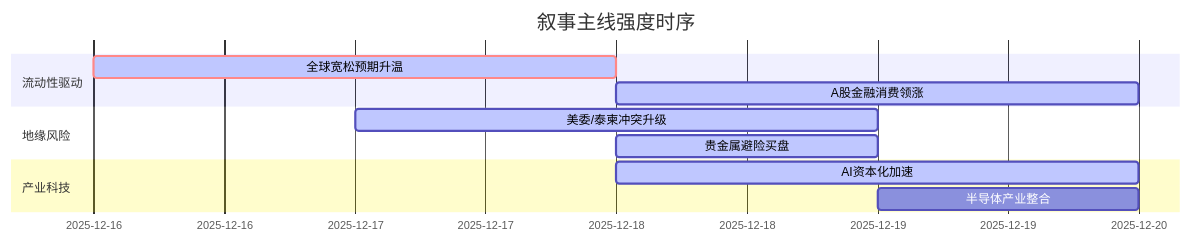
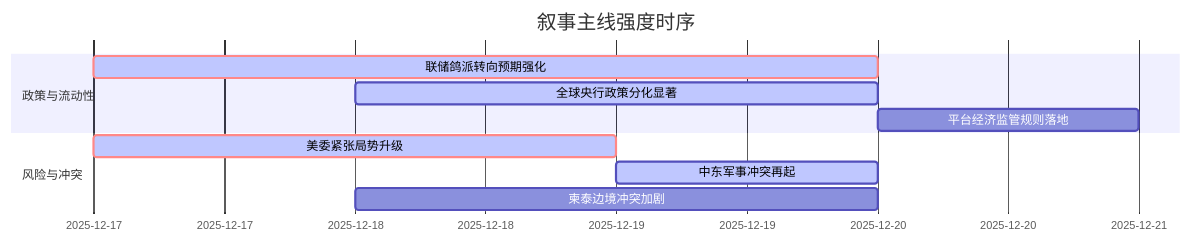
The diagram in README.md (uu5zn/uu5zn.github.io), drawn with Mermaid before and after one commit. The commit also changed other lines of this file and 1 other file, not shown here.

````diff
--- a/README.md
+++ b/README.md
@@ -57,16 +56,14 @@
 ```mermaid
 gantt
     title 叙事主线强度时序
     dateFormat  YYYY-MM-DD
-    section 流动性驱动
-    全球宽松预期升温   :crit, active, 2025-12-16, 2d
-    A股金融消费领涨   :active, 2025-12-18, 2d
+    section 政策与流动性
+    联储鸽派转向预期强化   :crit, active, 2025-12-17, 3d
+    全球央行政策分化显著   :active, 2025-12-18, 2d
+    平台经济监管规则落地   :2025-12-20, 1d
     
-    section 地缘风险
-    美委/泰柬冲突升级  :active, 2025-12-17, 2d
-    贵金属避险买盘     :active, 2025-12-18, 1d
-    
-    section 产业科技
-    AI资本化加速       :active, 2025-12-18, 2d
-    半导体产业整合     :2025-12-19, 1d
+    section 风险与冲突
+    美委紧张局势升级   :crit, active, 2025-12-17, 2d
+    中东军事冲突再起   :active, 2025-12-19, 1d
+    柬泰边境冲突加剧   :2025-12-18, 2d
 ```
````
